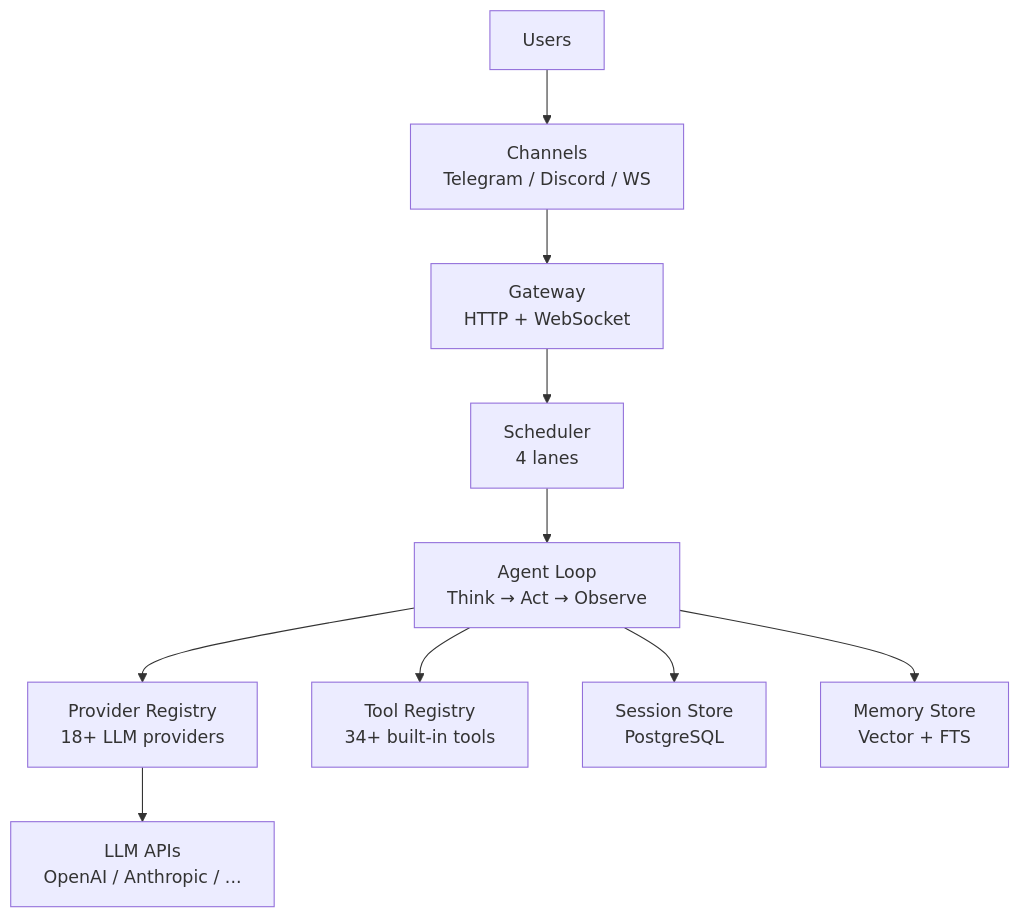
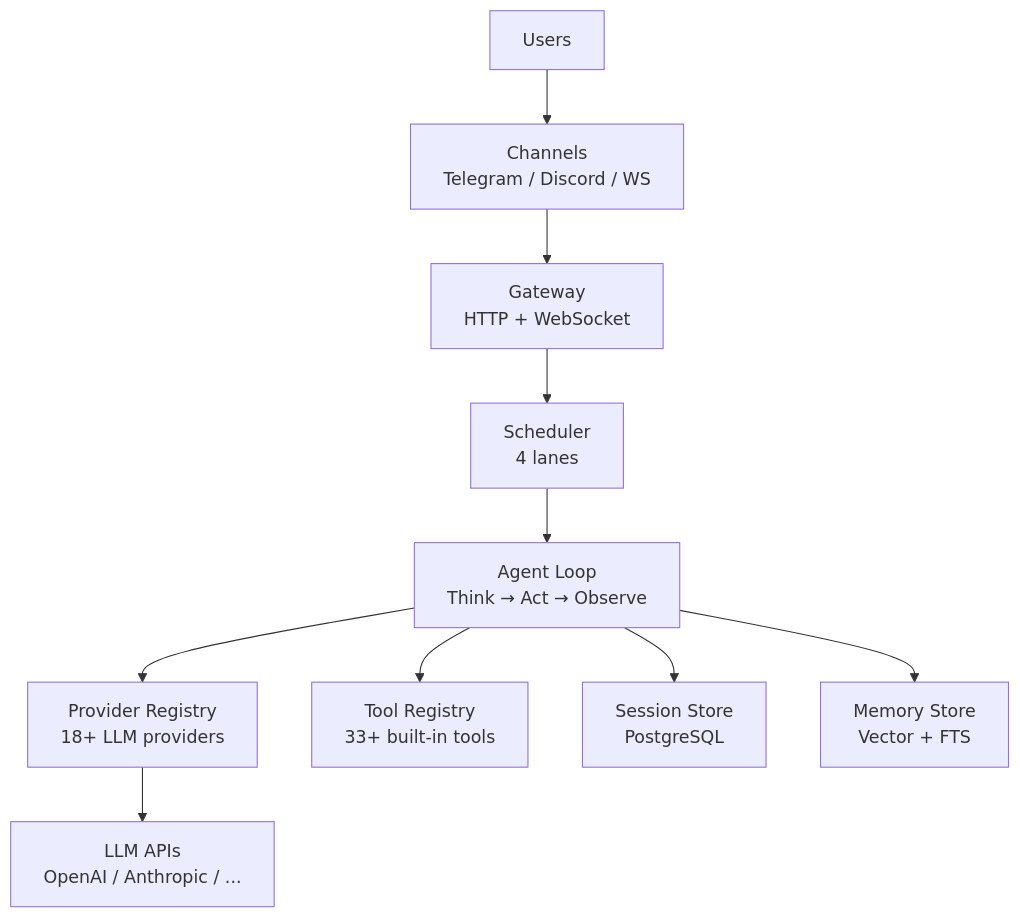
Before and after one commit to q1t-architect/goclaw-docs: the first of 2 diagrams in vi/core-concepts/how-goclaw-works.md, drawn with Mermaid. The commit also changed other lines of this file and 126 other files, not shown here.

````diff
--- a/vi/core-concepts/how-goclaw-works.md
+++ b/vi/core-concepts/how-goclaw-works.md
@@ -13,12 +13,12 @@
 ```mermaid
 graph TD
     U[Users] --> CH[Channels<br/>Telegram / Discord / WS]
     CH --> GW[Gateway<br/>HTTP + WebSocket]
     GW --> SC[Scheduler<br/>4 lanes]
     SC --> AL[Agent Loop<br/>Think → Act → Observe]
     AL --> PR[Provider Registry<br/>18+ LLM providers]
-    AL --> TR[Tool Registry<br/>34+ built-in tools]
+    AL --> TR[Tool Registry<br/>33+ built-in tools]
     AL --> SS[Session Store<br/>PostgreSQL]
     AL --> MM[Memory Store<br/>Vector + FTS]
     PR --> LLM[LLM APIs<br/>OpenAI / Anthropic / ...]
 ```
````
